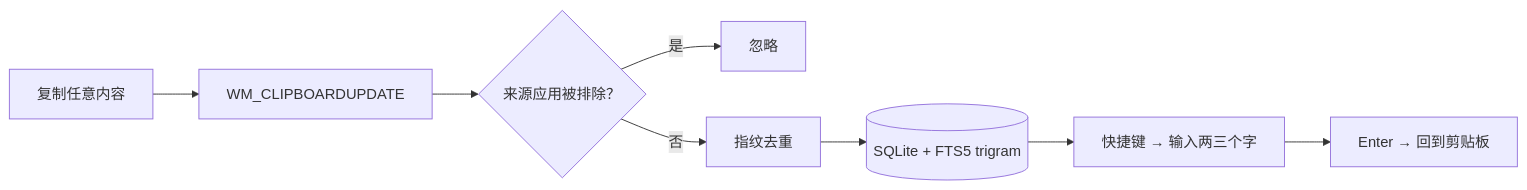
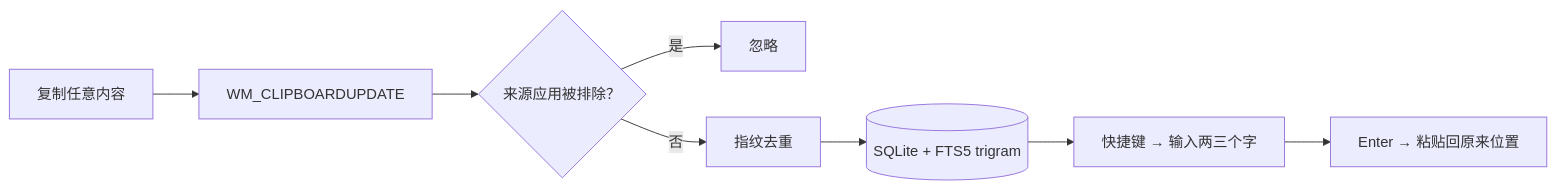
Before and after one commit to mingq360/ClipNest: the diagram in README.zh-CN.md, drawn with Mermaid. The commit also changed other lines of this file and 9 other files, not shown here.

````diff
--- a/README.zh-CN.md
+++ b/README.zh-CN.md
@@ -81,10 +82,10 @@
 ```mermaid
 flowchart LR
     A["复制任意内容"] --> B["WM_CLIPBOARDUPDATE"]
     B --> C{"来源应用被排除？"}
     C -- 是 --> Z["忽略"]
     C -- 否 --> D["指纹去重"]
     D --> E[("SQLite + FTS5 trigram")]
     E --> F["快捷键 → 输入两三个字"]
-    F --> G["Enter → 回到剪贴板"]
+    F --> G["Enter → 粘贴回原来位置"]
 ```
````
